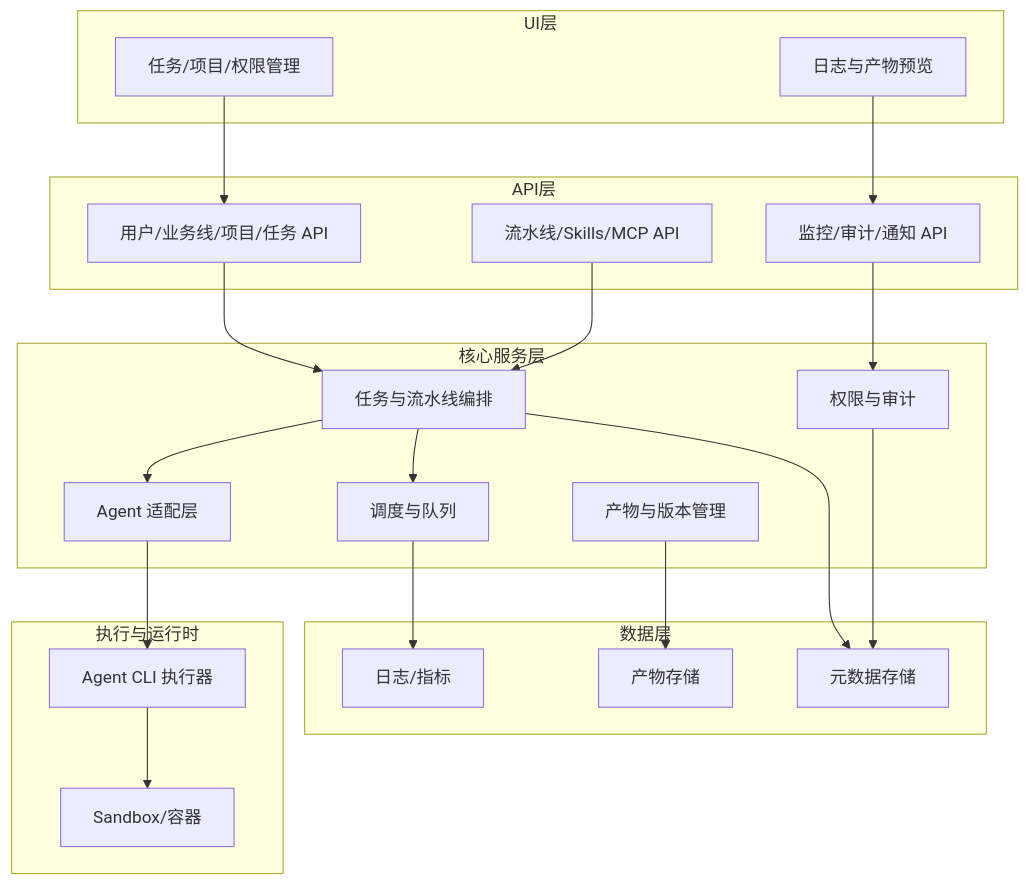
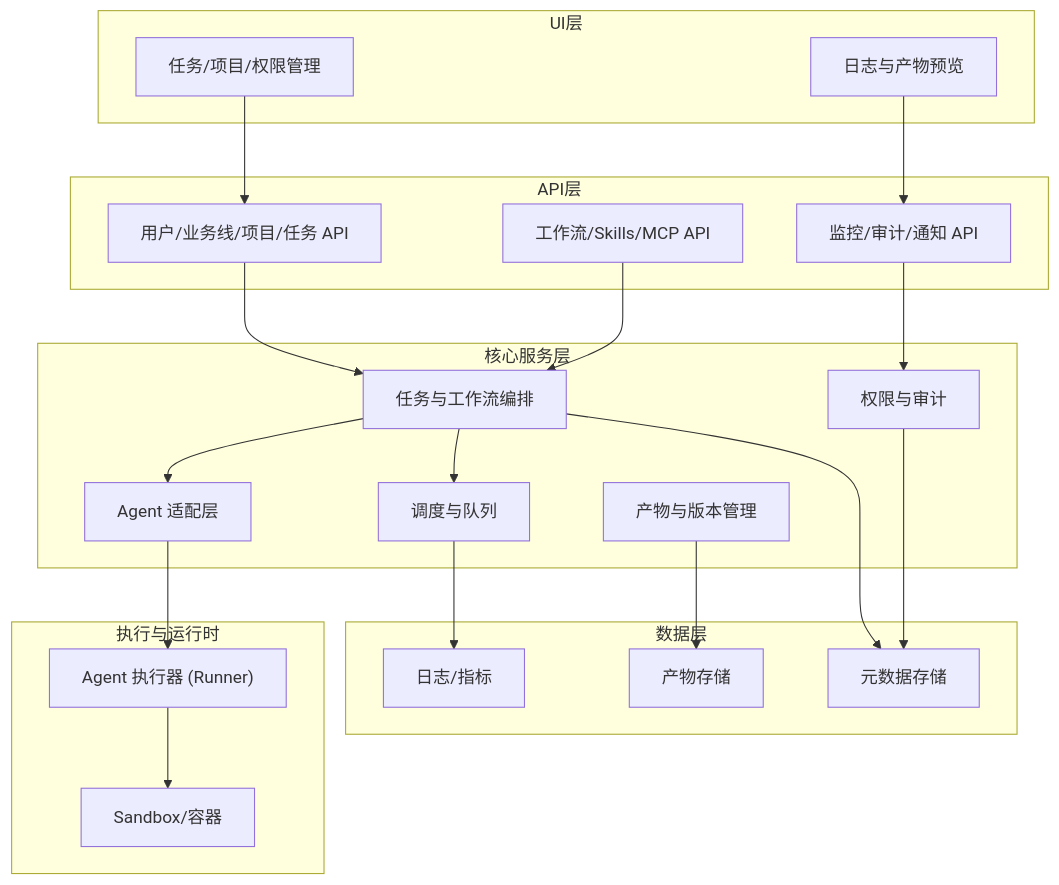
The fourth of 13 diagrams in docs/ainative-requirement-design.md (Whisper24X/personal), drawn with Mermaid before and after one commit. The commit also changed other lines of this file and 12 other files, not shown here.

````diff
--- a/docs/ainative-requirement-design.md
+++ b/docs/ainative-requirement-design.md
@@ -150,46 +169,46 @@
 ```mermaid
 flowchart TB
   subgraph UI["UI层"]
     UI1["任务/项目/权限管理"]
     UI2["日志与产物预览"]
   end
 
   subgraph API["API层"]
     API1["用户/业务线/项目/任务 API"]
-    API2["流水线/Skills/MCP API"]
+    API2["工作流/Skills/MCP API"]
     API3["监控/审计/通知 API"]
   end
 
   subgraph CORE["核心服务层"]
-    CORE1["任务与流水线编排"]
+    CORE1["任务与工作流编排"]
     CORE2["Agent 适配层"]
     CORE3["调度与队列"]
     CORE4["权限与审计"]
     CORE5["产物与版本管理"]
   end
 
   subgraph RUNTIME["执行与运行时"]
-    RT1["Agent CLI 执行器"]
+    RT1["Agent 执行器 (Runner)"]
     RT2["Sandbox/容器"]
   end
 
   subgraph DATA["数据层"]
     DB["元数据存储"]
     OBJ["产物存储"]
     LOG["日志/指标"]
   end
 
   UI1 --> API1
   UI2 --> API3
   API1 --> CORE1
   API2 --> CORE1
   API3 --> CORE4
   CORE1 --> CORE2
   CORE1 --> CORE3
   CORE2 --> RT1
   RT1 --> RT2
   CORE5 --> OBJ
   CORE1 --> DB
   CORE3 --> LOG
   CORE4 --> DB
 ```
````
